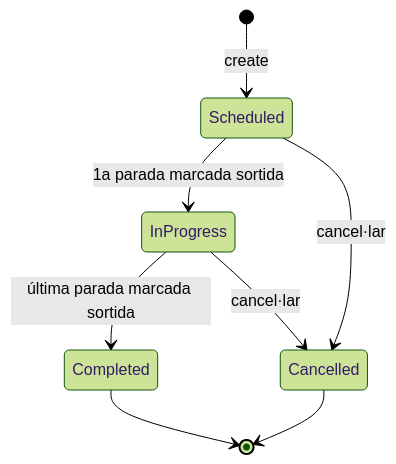
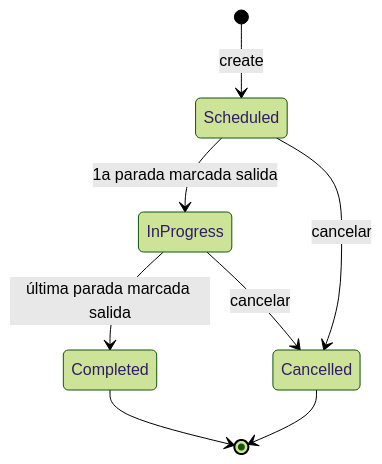
One commit to andreums/railboard changed the third of 4 diagrams in docs/DOMAIN-MODEL.md. Above: the diagram before and after it, drawn with Mermaid (forest theme). The commit also changed other lines of this file and 9 other files, not shown here.

````diff
--- a/docs/DOMAIN-MODEL.md
+++ b/docs/DOMAIN-MODEL.md
@@ -445,10 +445,10 @@
 ```mermaid
 stateDiagram-v2
     [*] --> Scheduled : create
-    Scheduled --> InProgress : 1a parada marcada sortida
-    Scheduled --> Cancelled : cancel·lar
-    InProgress --> Completed : última parada marcada sortida
-    InProgress --> Cancelled : cancel·lar
+    Scheduled --> InProgress : 1a parada marcada salida
+    Scheduled --> Cancelled : cancelar
+    InProgress --> Completed : última parada marcada salida
+    InProgress --> Cancelled : cancelar
     Completed --> [*]
     Cancelled --> [*]
 ```
````
